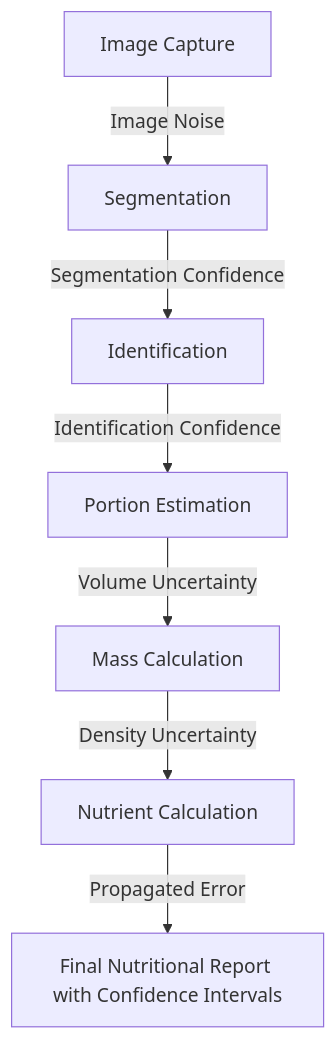
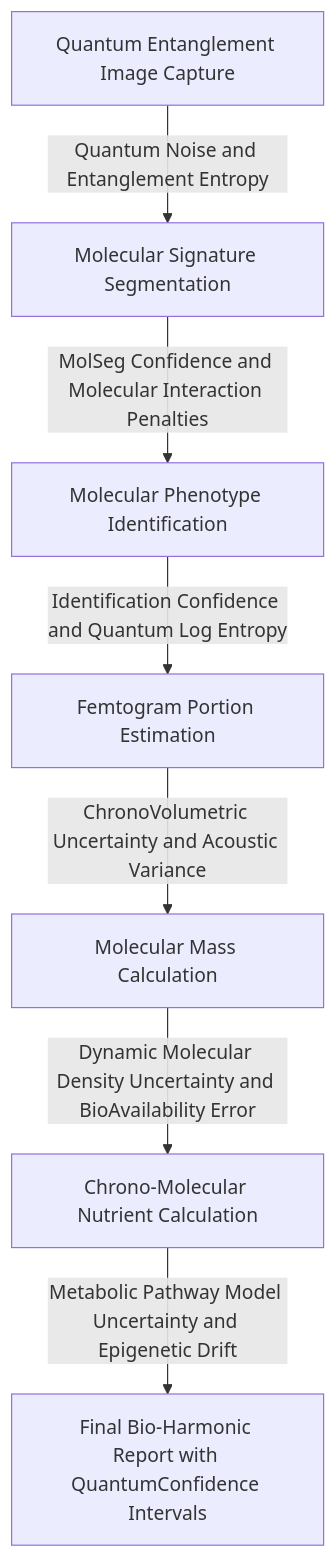
One commit to diplomat-bit/Citibank_Demo_Business_Inc_Demonstration- changed the ninth of 9 diagrams in inventions/109_ai_nutritionist_from_food_photos.md. Above: the diagram before and after it, drawn with Mermaid. The commit also changed other lines of this file, not shown here.

````diff
--- a/inventions/109_ai_nutritionist_from_food_photos.md
+++ b/inventions/109_ai_nutritionist_from_food_photos.md
@@ -286,9 +357,9 @@
 ```mermaid
 graph TD
-    A[Image Capture] -- Image Noise --> B[Segmentation]
-    B -- Segmentation Confidence --> C[Identification]
-    C -- Identification Confidence --> D[Portion Estimation]
-    D -- Volume Uncertainty --> E[Mass Calculation]
-    E -- Density Uncertainty --> F[Nutrient Calculation]
-    F -- Propagated Error --> G[Final Nutritional Report with Confidence Intervals]
+    A[Quantum Entanglement Image Capture] -- Quantum Noise and Entanglement Entropy --> B[Molecular Signature Segmentation]
+    B -- MolSeg Confidence and Molecular Interaction Penalties --> C[Molecular Phenotype Identification]
+    C -- Identification Confidence and Quantum Log Entropy --> D[Femtogram Portion Estimation]
+    D -- ChronoVolumetric Uncertainty and Acoustic Variance --> E[Molecular Mass Calculation]
+    E -- Dynamic Molecular Density Uncertainty and BioAvailability Error --> F[Chrono-Molecular Nutrient Calculation]
+    F -- Metabolic Pathway Model Uncertainty and Epigenetic Drift --> G[Final Bio-Harmonic Report with QuantumConfidence Intervals]
 ```
````
